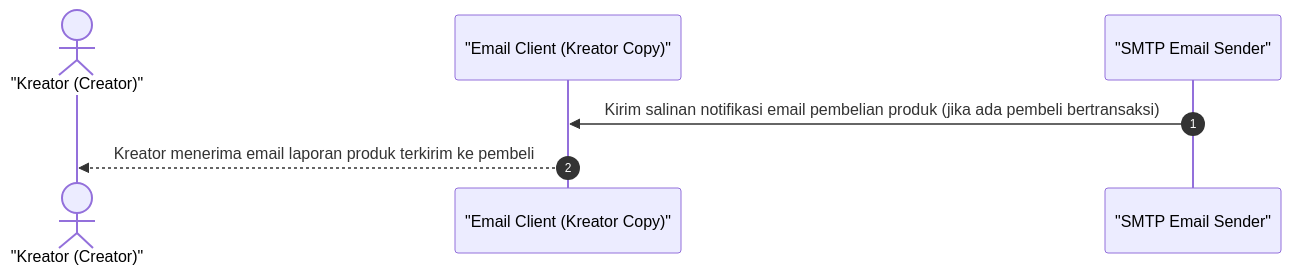
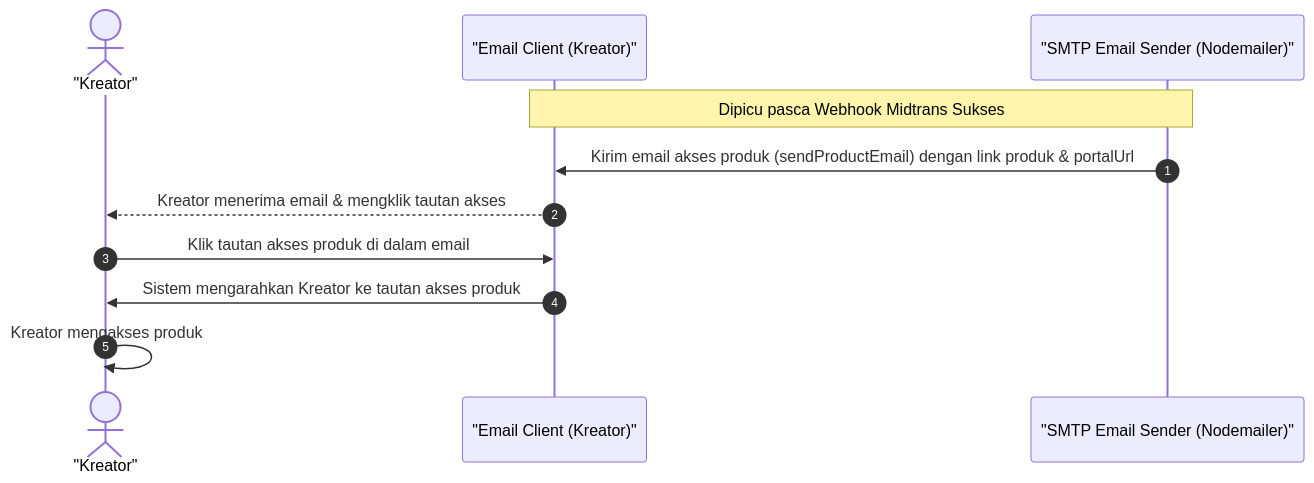
One commit to luputer/CuanIN changed the diagram in docs/40-creator-email-access.md. Above: the diagram before and after it, drawn with Mermaid. The commit also changed other lines of this file and 53 other files, not shown here.

````diff
--- a/docs/40-creator-email-access.md
+++ b/docs/40-creator-email-access.md
@@ -5,11 +5,15 @@
 ```mermaid
 sequenceDiagram
     autonumber
-    actor Creator as "Kreator (Creator)"
-    participant Inbox as "Email Client (Kreator Copy)"
-    participant System as "SMTP Email Sender"
+    actor Creator as "Kreator"
+    participant Inbox as "Email Client (Kreator)"
+    participant System as "SMTP Email Sender (Nodemailer)"
 
-    System->>Inbox: Kirim salinan notifikasi email pembelian produk (jika ada pembeli bertransaksi)
-    Inbox-->>Creator: Kreator menerima email laporan produk terkirim ke pembeli
+    Note over System, Inbox: Dipicu pasca Webhook Midtrans Sukses
+    System->>Inbox: Kirim email akses produk (sendProductEmail) dengan link produk & portalUrl
+    Inbox-->>Creator: Kreator menerima email & mengklik tautan akses
+    Creator->>Inbox: Klik tautan akses produk di dalam email
+    Inbox->>Creator: Sistem mengarahkan Kreator ke tautan akses produk
+    Creator->>Creator: Kreator mengakses produk
 
 ```
````
